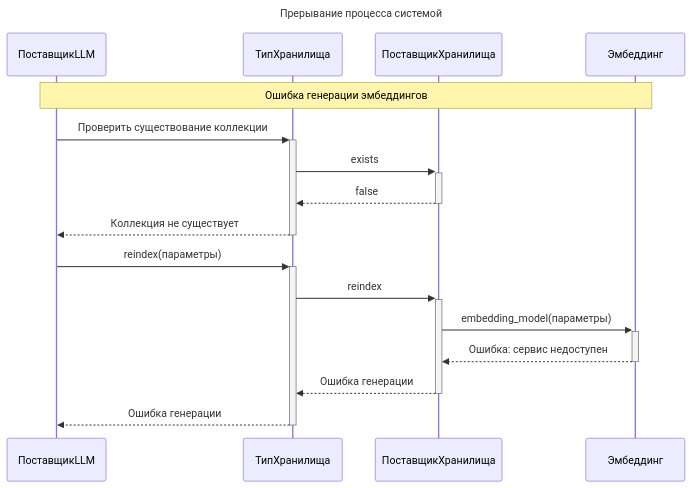
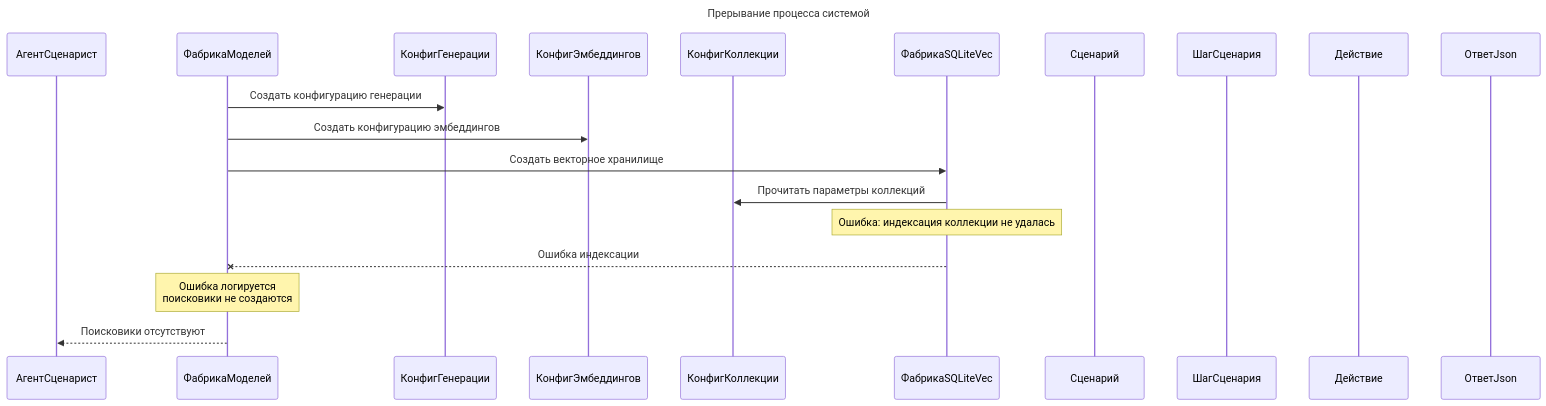
The second of 3 diagrams in Пакет Обработка эмбеддингов/2. Диаграмма последовательностей взаимодействия объектов классов пакета.md (CHSU-scenarAIst/diagrammy), drawn with Mermaid before and after one commit. The commit also changed other lines of this file and 13 other files, not shown here.

````diff
--- a/Пакет Обработка эмбеддингов/2. Диаграмма последовательностей взаимодействия объектов классов пакета.md
+++ b/Пакет Обработка эмбеддингов/2. Диаграмма последовательностей взаимодействия объектов классов пакета.md
@@ -34,22 +36,25 @@
 ```mermaid
 ---
 title: Прерывание процесса системой
 ---
 sequenceDiagram
-    participant ПоставщикLLM
-    participant ТипХранилища
-    participant ПоставщикХранилища
-    participant Эмбеддинг
+    participant АгентСценарист
+    participant ФабрикаМоделей
+    participant КонфигГенерации
+    participant КонфигЭмбеддингов
+    participant КонфигКоллекции
+    participant ФабрикаSQLiteVec
+    participant Сценарий
+    participant ШагСценария
+    participant Действие
+    participant ОтветJson
 
-    Note over ПоставщикLLM,Эмбеддинг: Ошибка генерации эмбеддингов
-    ПоставщикLLM->>+ТипХранилища: Проверить существование коллекции
-    ТипХранилища->>+ПоставщикХранилища: exists
-    ПоставщикХранилища-->>-ТипХранилища: false
-    ТипХранилища-->>-ПоставщикLLM: Коллекция не существует
-    ПоставщикLLM->>+ТипХранилища: reindex(параметры)
-    ТипХранилища->>+ПоставщикХранилища: reindex
-    ПоставщикХранилища->>+Эмбеддинг: embedding_model(параметры)
-    Эмбеддинг-->>-ПоставщикХранилища: Ошибка: сервис недоступен
-    ПоставщикХранилища-->>-ТипХранилища: Ошибка генерации
-    ТипХранилища-->>-ПоставщикLLM: Ошибка генерации
+    ФабрикаМоделей->>КонфигГенерации: Создать конфигурацию генерации
+    ФабрикаМоделей->>КонфигЭмбеддингов: Создать конфигурацию эмбеддингов
+    ФабрикаМоделей->>ФабрикаSQLiteVec: Создать векторное хранилище
+    ФабрикаSQLiteVec->>КонфигКоллекции: Прочитать параметры коллекций
+    Note over ФабрикаSQLiteVec: Ошибка: индексация коллекции не удалась
+    ФабрикаSQLiteVec--xФабрикаМоделей: Ошибка индексации
+    Note over ФабрикаМоделей: Ошибка логируется<br/>поисковики не создаются
+    ФабрикаМоделей-->>АгентСценарист: Поисковики отсутствуют
 ```
````
